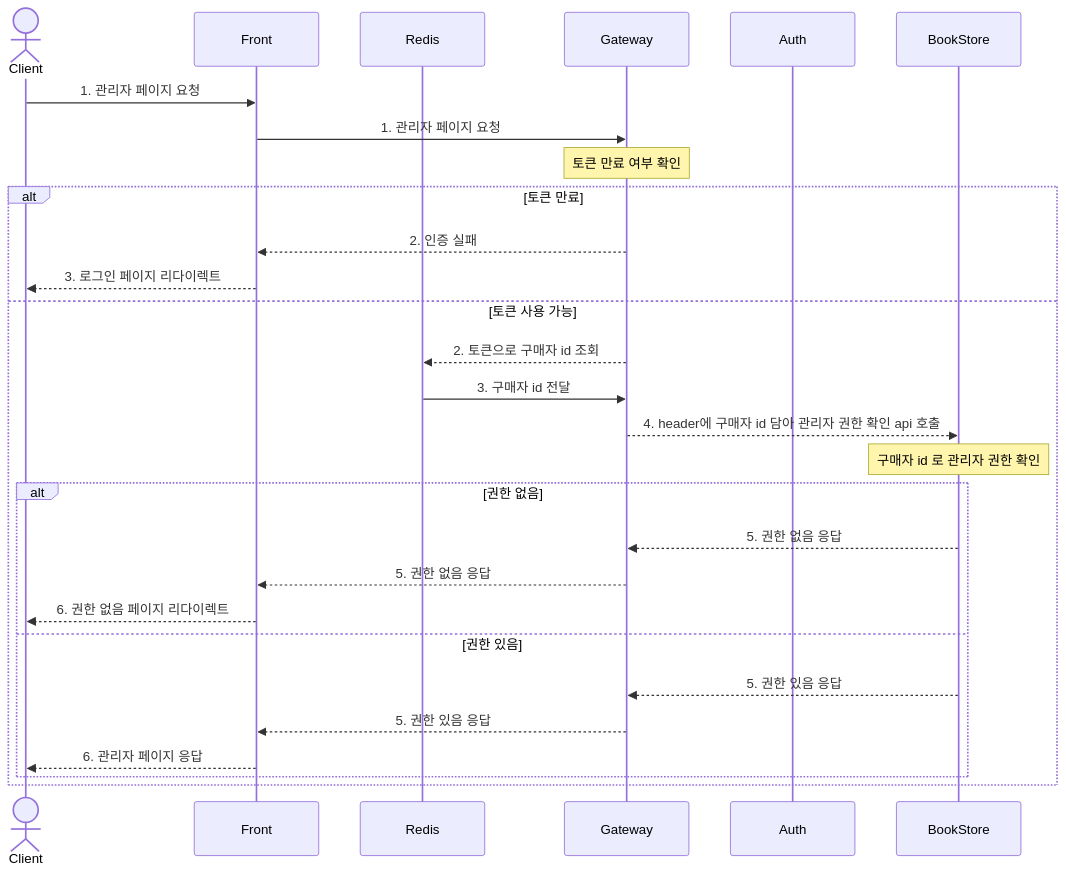
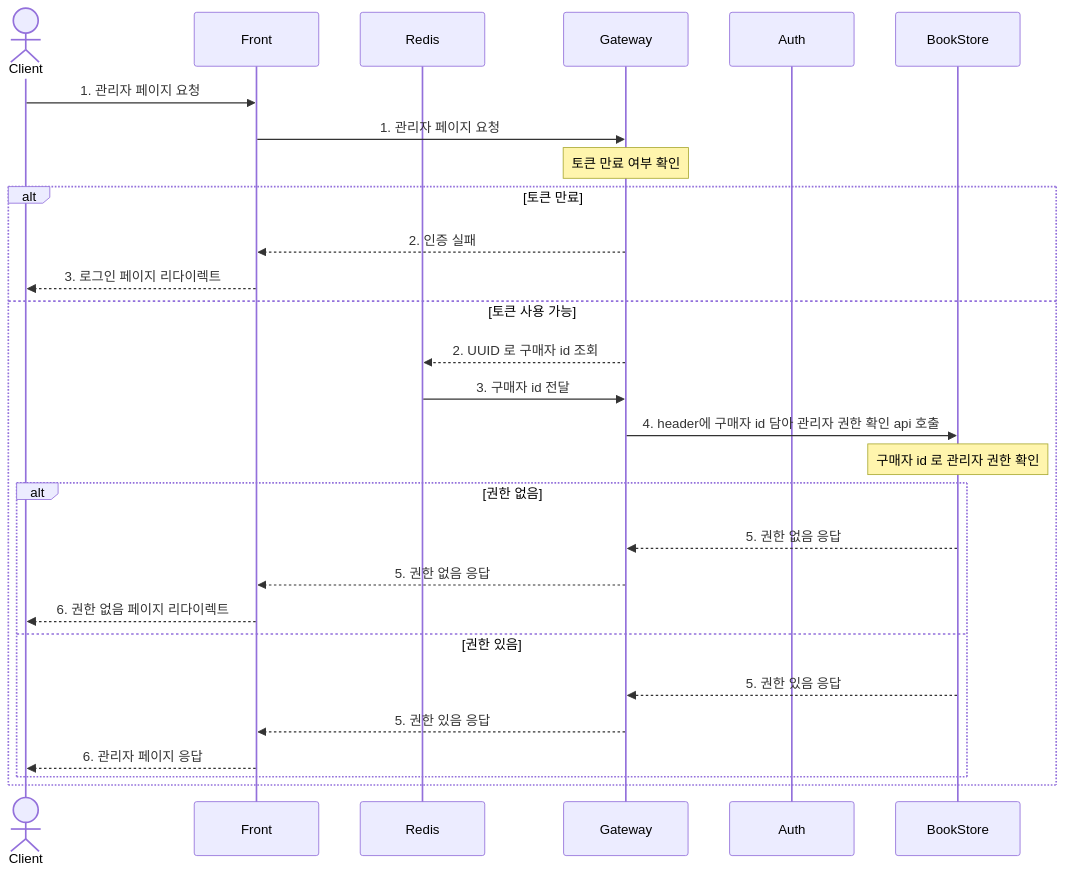
One commit to nhnacademy-be5-staff99/store99-auth changed the third of 3 diagrams in README.md. Above: the diagram before and after it, drawn with Mermaid. The commit also changed other lines of this file, not shown here.

````diff
--- a/README.md
+++ b/README.md
@@ -83,36 +83,36 @@
 ```mermaid
 
 sequenceDiagram
 
 actor c as Client
 participant front as Front
 participant redis as Redis
 participant gateway as Gateway
 participant auth as Auth
 participant store as BookStore
 
 c->>front: 1. 관리자 페이지 요청
 front->>gateway: 1. 관리자 페이지 요청
 Note over gateway: 토큰 만료 여부 확인
 alt 토큰 만료
     gateway-->>front: 2. 인증 실패
     front-->>c: 3. 로그인 페이지 리다이렉트
 else 토큰 사용 가능
-    gateway-->>redis: 2. 토큰으로 구매자 id 조회
+    gateway-->>redis: 2. UUID 로 구매자 id 조회
     redis->>gateway: 3. 구매자 id 전달
-    gateway-->>store: 4. header에 구매자 id 담아 관리자 권한 확인 api 호출
+    gateway->>store: 4. header에 구매자 id 담아 관리자 권한 확인 api 호출
     Note over store: 구매자 id 로 관리자 권한 확인
     alt 권한 없음
         store-->>gateway: 5. 권한 없음 응답
         gateway-->>front: 5. 권한 없음 응답
         front-->>c: 6. 권한 없음 페이지 리다이렉트
     
     else 권한 있음
         store-->>gateway: 5. 권한 있음 응답
         gateway-->>front: 5. 권한 있음 응답
         front-->>c: 6. 관리자 페이지 응답
     end
 end
 
 
 ```
````
